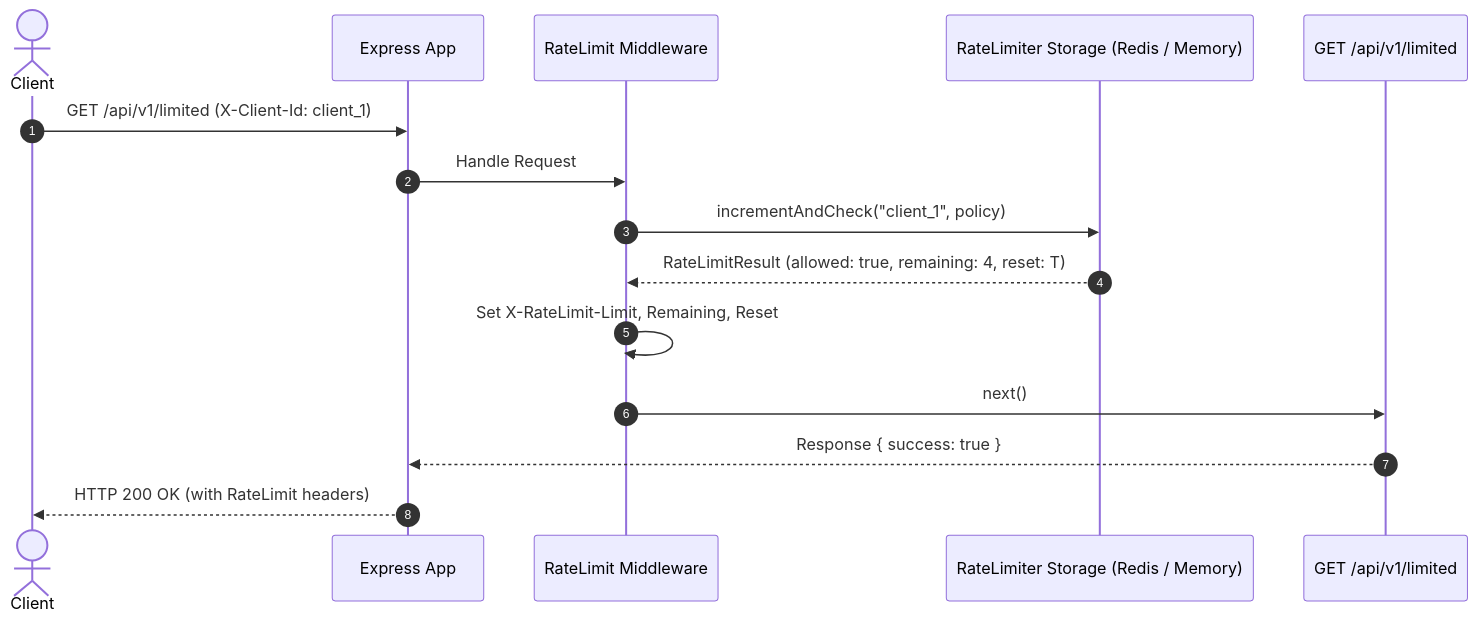
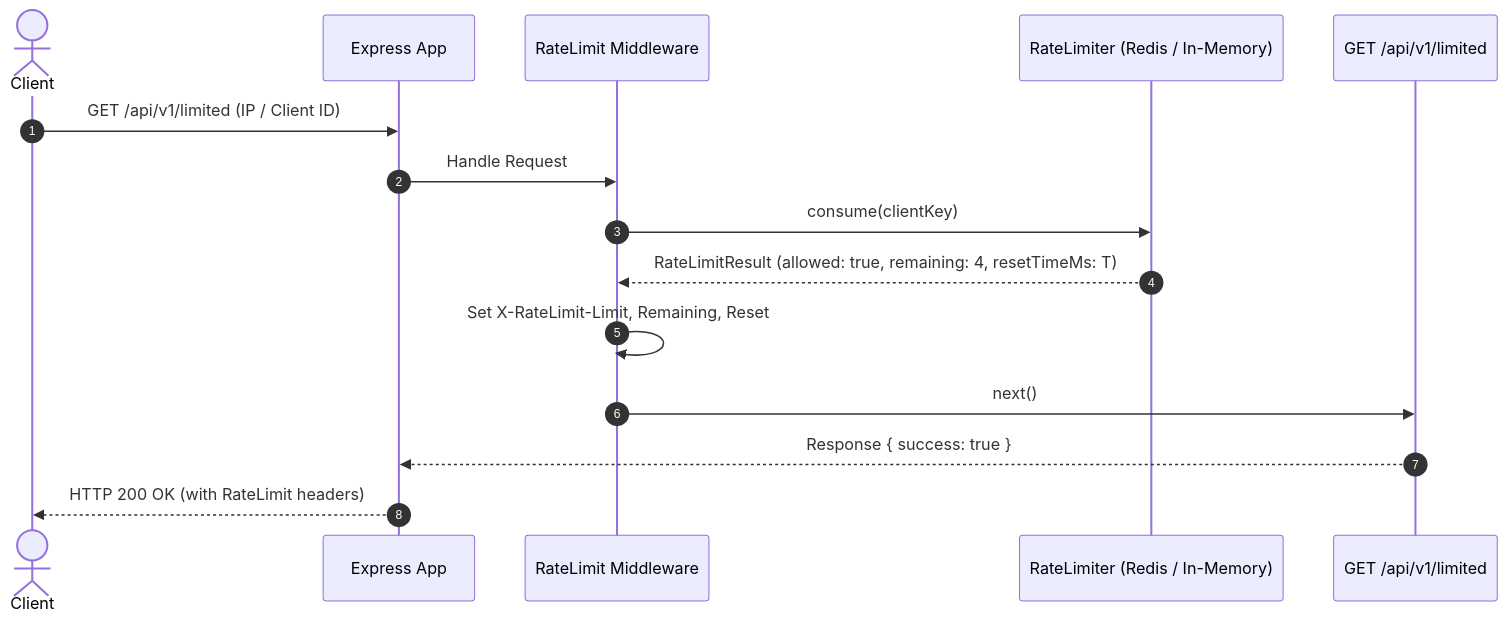
One commit to engineering-proof-labs/rate-limiting-lab changed the second of 4 diagrams in docs/architecture.md. Above: the diagram before and after it, drawn with Mermaid. The commit also changed other lines of this file and 10 other files, not shown here.

Commit message:
docs: finalize public laboratory guide, architecture records, and verification evidence

````diff
--- a/docs/architecture.md
+++ b/docs/architecture.md
@@ -135,18 +162,18 @@
 ```mermaid
 sequenceDiagram
     autonumber
     actor Client
     participant Express as Express App
     participant MW as RateLimit Middleware
-    participant Storage as RateLimiter Storage (Redis / Memory)
+    participant Limiter as RateLimiter (Redis / In-Memory)
     participant Route as GET /api/v1/limited
 
-    Client->>Express: GET /api/v1/limited (X-Client-Id: client_1)
+    Client->>Express: GET /api/v1/limited (IP / Client ID)
     Express->>MW: Handle Request
-    MW->>Storage: incrementAndCheck("client_1", policy)
-    Storage-->>MW: RateLimitResult (allowed: true, remaining: 4, reset: T)
+    MW->>Limiter: consume(clientKey)
+    Limiter-->>MW: RateLimitResult (allowed: true, remaining: 4, resetTimeMs: T)
     MW->>MW: Set X-RateLimit-Limit, Remaining, Reset
     MW->>Route: next()
     Route-->>Express: Response { success: true }
     Express-->>Client: HTTP 200 OK (with RateLimit headers)
 ```
````
